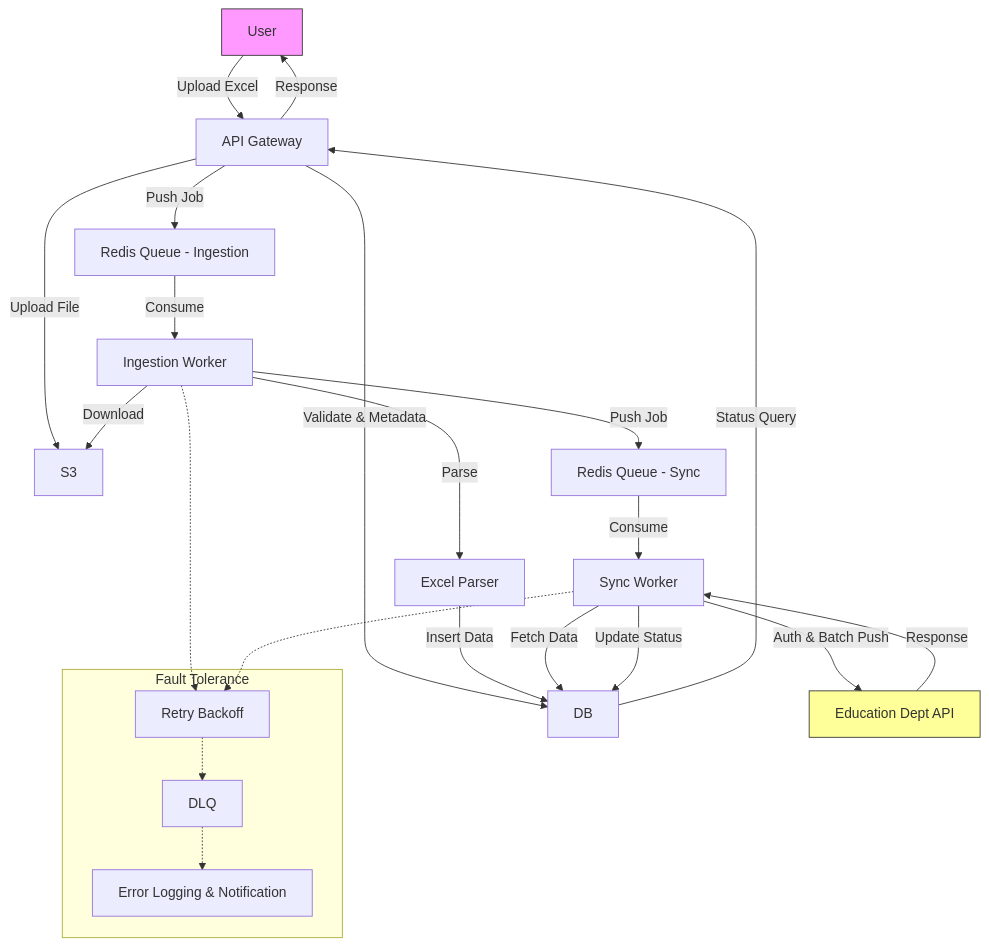
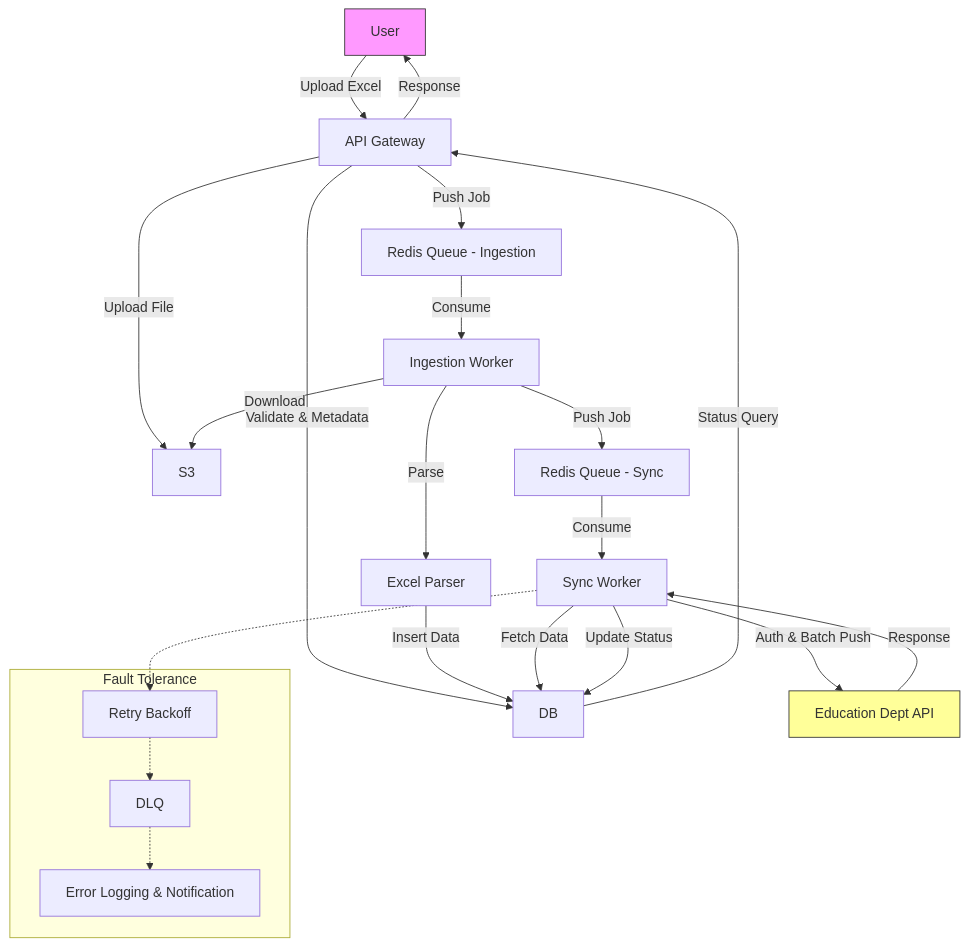
The diagram in high-level-architecture.md (tunguyendo2001/integration-education), drawn with Mermaid before and after one commit. The commit also changed 1 other file, not shown here.

Commit message:
fix sync score

````diff
--- a/high-level-architecture.md
+++ b/high-level-architecture.md
@@ -1,30 +1,30 @@
 ```mermaid
 flowchart TD
     A[User] -->|Upload Excel| B[API Gateway]
     B -->|Validate & Metadata| C[DB]
     B -->|Upload File| D[S3]
     B -->|Push Job| E[Redis Queue - Ingestion]
     E -->|Consume| F[Ingestion Worker]
     F -->|Download| D
     F -->|Parse| G[Excel Parser]
     G -->|Insert Data| C
     F -->|Push Job| H[Redis Queue - Sync]
     H -->|Consume| I[Sync Worker]
     I -->|Fetch Data| C
     I -->|Auth & Batch Push| J[Education Dept API]
     J -->|Response| I
     I -->|Update Status| C
     C -->|Status Query| B
     B -->|Response| A
     subgraph "Fault Tolerance"
         K[Retry Backoff]
         L[DLQ]
         M[Error Logging & Notification]
     end
-    F -.-> K
+    %% F -.-> K
     I -.-> K
     K -.-> L
     L -.-> M
     style A fill:#f9f,stroke:#333
     style J fill:#ff9,stroke:#333
 ```
````
